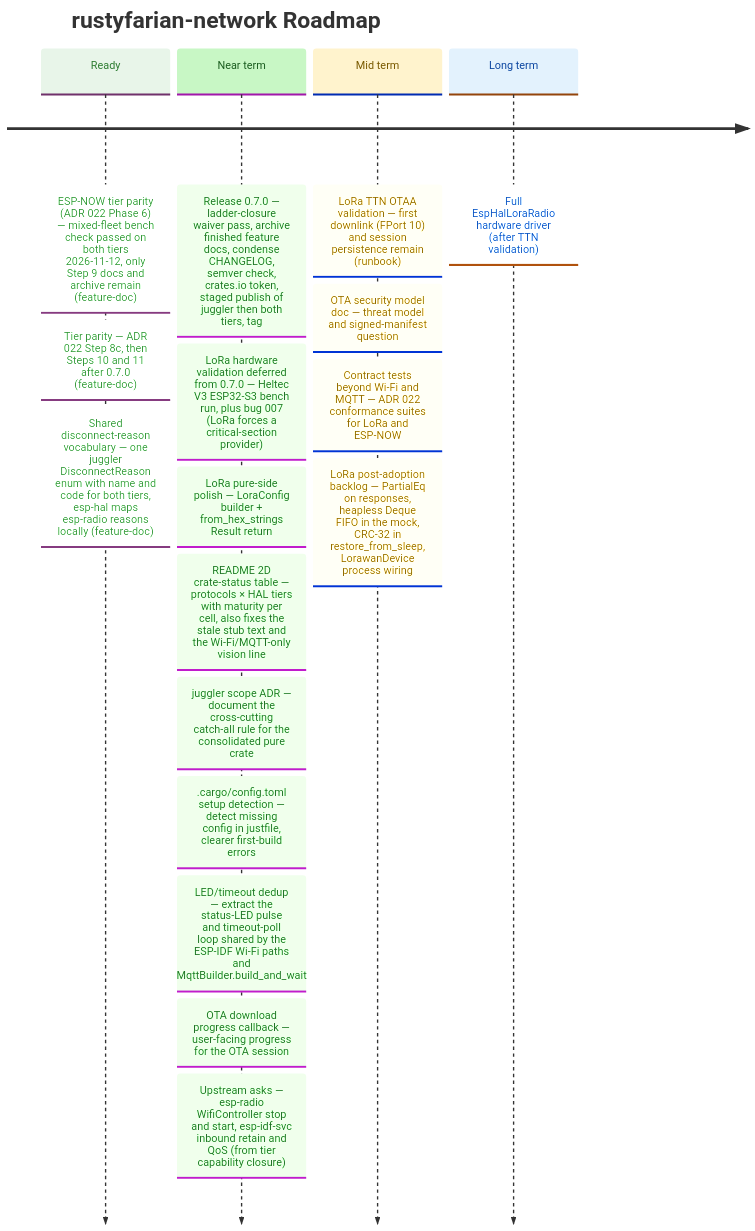
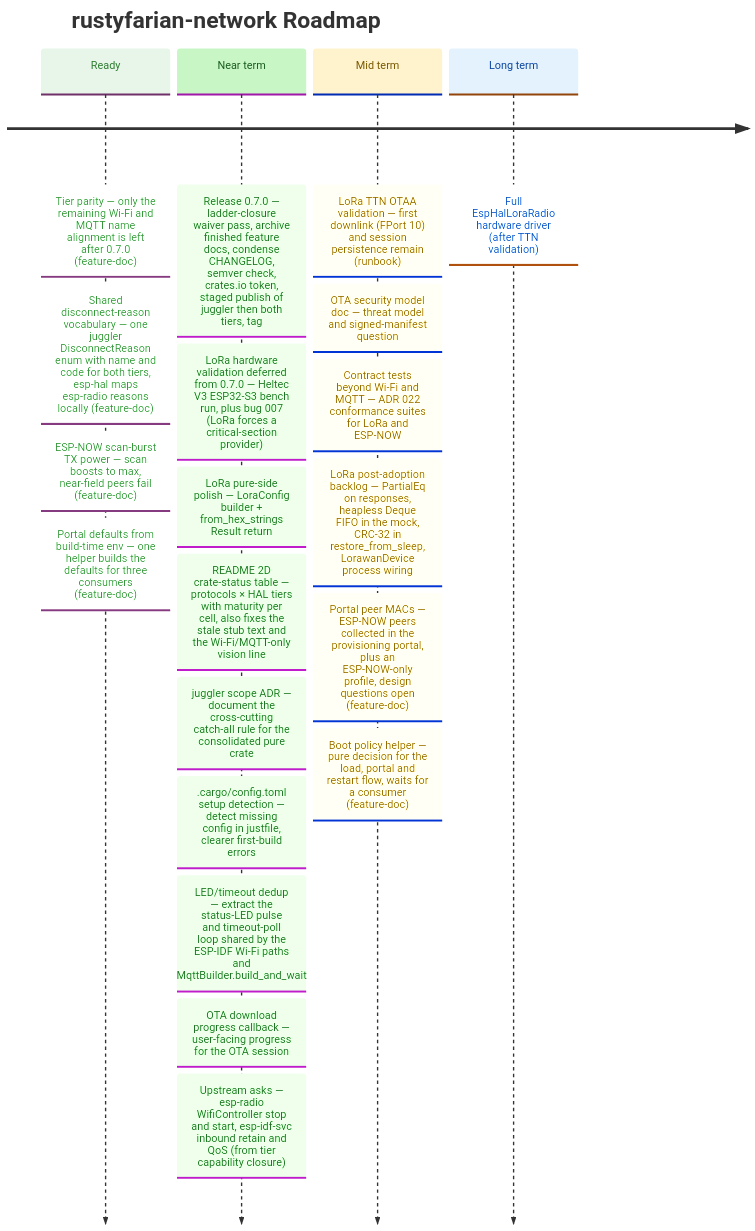
Before and after one commit to datenkollektiv/rustyfarian-network: the diagram in docs/ROADMAP.md, drawn with Mermaid. The commit also changed other lines of this file and 74 other files, not shown here.

````diff
--- a/docs/ROADMAP.md
+++ b/docs/ROADMAP.md
@@ -15,38 +15,41 @@
 ```mermaid
 %%{init: {
   "theme": "base",
   "themeVariables": {
     "cScale0": "#e8f5e9",
     "cScaleLabel0": "#2e7d32",
     "cScale1": "#c8f7c5",
     "cScaleLabel1": "#1b5e20",
     "cScale2": "#fff3cd",
     "cScaleLabel2": "#7a5a00",
     "cScale3": "#e3f2fd",
     "cScaleLabel3": "#0d47a1"
   }
 }}%%
 
 timeline
     title rustyfarian-network Roadmap
 
-    Ready     : ESP-NOW tier parity (ADR 022 Phase 6) — mixed-fleet bench check passed on both tiers 2026-11-12, only Step 9 docs and archive remain (feature-doc)
-              : Tier parity — ADR 022 Step 8c, then Steps 10 and 11 after 0.7.0 (feature-doc)
+    Ready     : Tier parity — only the remaining Wi-Fi and MQTT name alignment is left after 0.7.0 (feature-doc)
               : Shared disconnect-reason vocabulary — one juggler DisconnectReason enum with name and code for both tiers, esp-hal maps esp-radio reasons locally (feature-doc)
+              : ESP-NOW scan-burst TX power — scan boosts to max, near-field peers fail (feature-doc)
+              : Portal defaults from build-time env — one helper builds the defaults for three consumers (feature-doc)
     Near term : Release 0.7.0 — ladder-closure waiver pass, archive finished feature docs, condense CHANGELOG, semver check, crates.io token, staged publish of juggler then both tiers, tag
               : LoRa hardware validation deferred from 0.7.0 — Heltec V3 ESP32-S3 bench run, plus bug 007 (LoRa forces a critical-section provider)
               : LoRa pure-side polish — LoraConfig builder + from_hex_strings Result return
               : README 2D crate-status table — protocols × HAL tiers with maturity per cell, also fixes the stale stub text and the Wi-Fi/MQTT-only vision line
               : juggler scope ADR — document the cross-cutting catch-all rule for the consolidated pure crate
               : .cargo/config.toml setup detection — detect missing config in justfile, clearer first-build errors
               : LED/timeout dedup — extract the status-LED pulse and timeout-poll loop shared by the ESP-IDF Wi-Fi paths and MqttBuilder.build_and_wait
               : OTA download progress callback — user-facing progress for the OTA session
               : Upstream asks — esp-radio WifiController stop and start, esp-idf-svc inbound retain and QoS (from tier capability closure)
 
     Mid term  : LoRa TTN OTAA validation — first downlink (FPort 10) and session persistence remain (runbook)
               : OTA security model doc — threat model and signed-manifest question
               : Contract tests beyond Wi-Fi and MQTT — ADR 022 conformance suites for LoRa and ESP-NOW
               : LoRa post-adoption backlog — PartialEq on responses, heapless Deque FIFO in the mock, CRC-32 in restore_from_sleep, LorawanDevice process wiring
+              : Portal peer MACs — ESP-NOW peers collected in the provisioning portal, plus an ESP-NOW-only profile, design questions open (feature-doc)
+              : Boot policy helper — pure decision for the load, portal and restart flow, waits for a consumer (feature-doc)
 
     Long term : Full EspHalLoraRadio hardware driver (after TTN validation)
 ```
````
